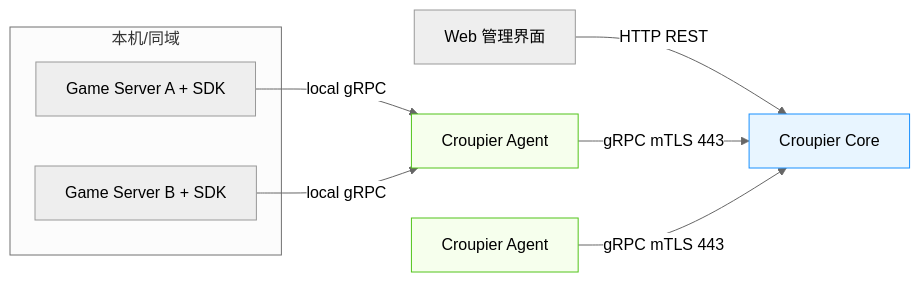
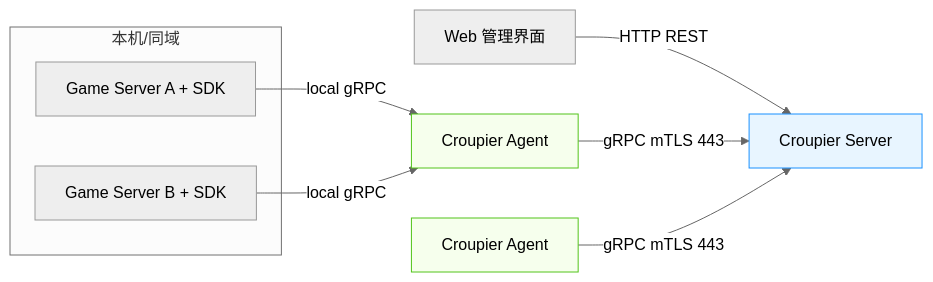
The first of 4 diagrams in README.md (cuihairu/croupier), drawn with Mermaid (neutral theme) before and after one commit. The commit also changed other lines of this file and 4 other files, not shown here.

Commit message:
docs: rename Core concept to Server across README and docs

````diff
--- a/README.md
+++ b/README.md
@@ -44,17 +44,17 @@
 ```mermaid
 graph LR
-  UI[Web 管理界面] -->|HTTP REST| Core[Croupier Core]
-  A1[Croupier Agent] -->|gRPC mTLS 443| Core
-  A2[Croupier Agent] -->|gRPC mTLS 443| Core
+  UI[Web 管理界面] -->|HTTP REST| Server[Croupier Server]
+  A1[Croupier Agent] -->|gRPC mTLS 443| Server
+  A2[Croupier Agent] -->|gRPC mTLS 443| Server
   subgraph GSA[本机/同域]
     GS1[Game Server A + SDK]
     GS2[Game Server B + SDK]
   end
   GS1 -->|local gRPC| A1
   GS2 -->|local gRPC| A1
-  classDef core fill:#e8f5ff,stroke:#1890ff;
+  classDef server fill:#e8f5ff,stroke:#1890ff;
   classDef agent fill:#f6ffed,stroke:#52c41a;
-  class Core core
+  class Server server
   class A1 agent
   class A2 agent
 ```
````
